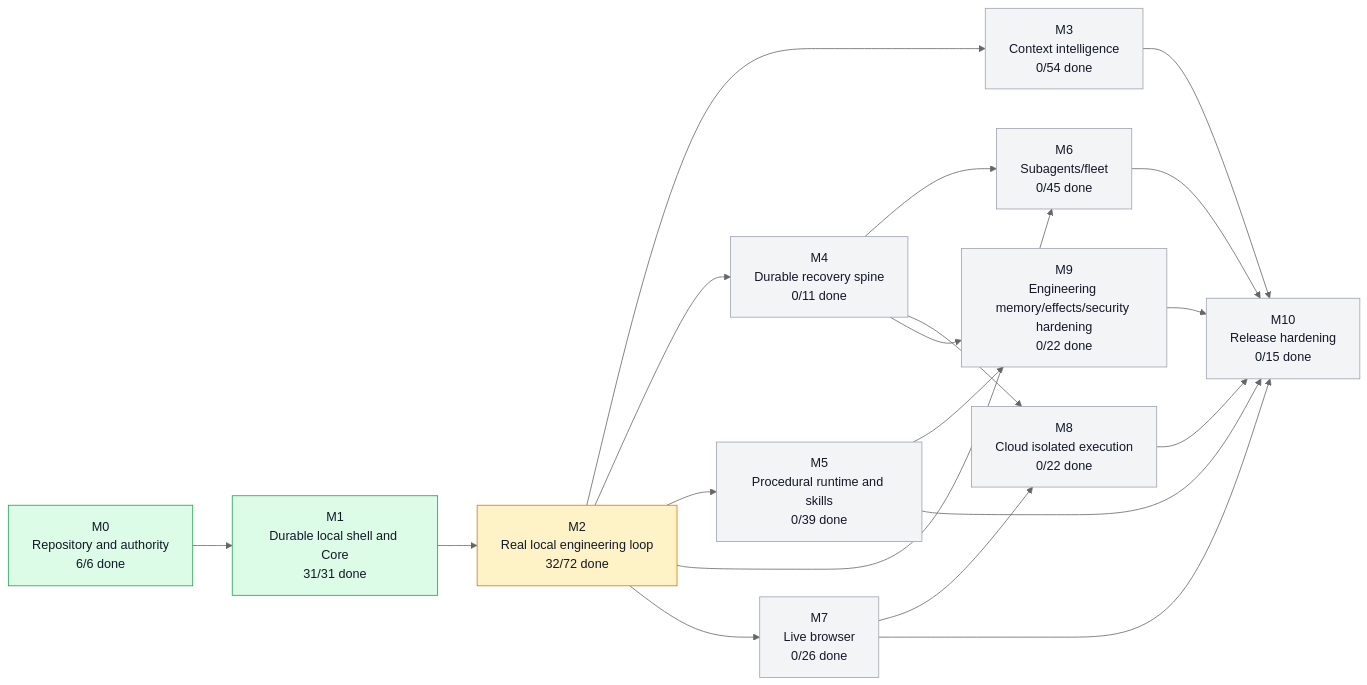
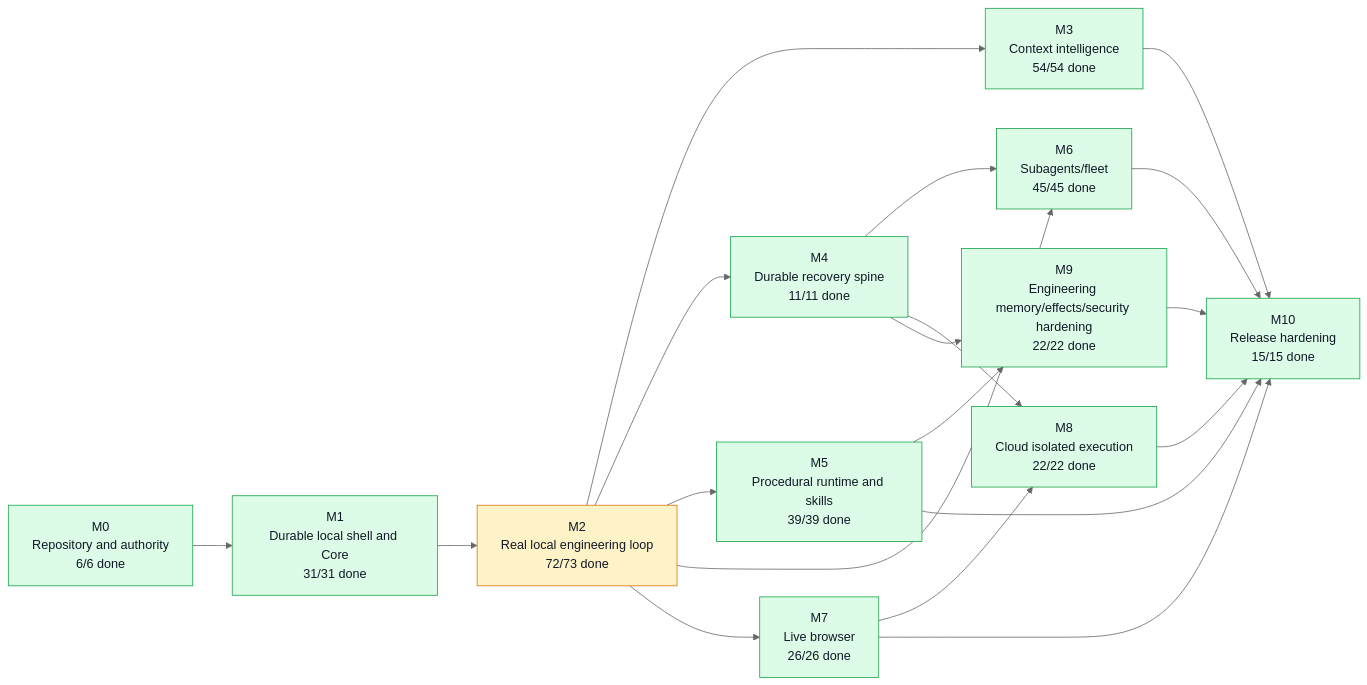
One commit to moss101/zmodbit changed the first of 3 diagrams in graph/PROJECT_GRAPH.md. Above: the diagram before and after it, drawn with Mermaid (neutral theme). The commit also changed other lines of this file and 13 other files, not shown here.

````diff
--- a/graph/PROJECT_GRAPH.md
+++ b/graph/PROJECT_GRAPH.md
@@ -43,43 +43,43 @@
 ```mermaid
 flowchart LR
   M0["M0<br/>Repository and authority<br/>6/6 done"]
   M1["M1<br/>Durable local shell and Core<br/>31/31 done"]
-  M2["M2<br/>Real local engineering loop<br/>32/72 done"]
-  M3["M3<br/>Context intelligence<br/>0/54 done"]
-  M4["M4<br/>Durable recovery spine<br/>0/11 done"]
-  M5["M5<br/>Procedural runtime and skills<br/>0/39 done"]
-  M6["M6<br/>Subagents/fleet<br/>0/45 done"]
-  M7["M7<br/>Live browser<br/>0/26 done"]
-  M8["M8<br/>Cloud isolated execution<br/>0/22 done"]
-  M9["M9<br/>Engineering memory/effects/security hardening<br/>0/22 done"]
-  M10["M10<br/>Release hardening<br/>0/15 done"]
+  M2["M2<br/>Real local engineering loop<br/>72/73 done"]
+  M3["M3<br/>Context intelligence<br/>54/54 done"]
+  M4["M4<br/>Durable recovery spine<br/>11/11 done"]
+  M5["M5<br/>Procedural runtime and skills<br/>39/39 done"]
+  M6["M6<br/>Subagents/fleet<br/>45/45 done"]
+  M7["M7<br/>Live browser<br/>26/26 done"]
+  M8["M8<br/>Cloud isolated execution<br/>22/22 done"]
+  M9["M9<br/>Engineering memory/effects/security hardening<br/>22/22 done"]
+  M10["M10<br/>Release hardening<br/>15/15 done"]
   M0 --> M1
   M1 --> M2
   M2 --> M3
   M2 --> M4
   M2 --> M5
   M2 --> M6
   M4 --> M6
   M2 --> M7
   M4 --> M8
   M7 --> M8
   M4 --> M9
   M5 --> M9
   M3 --> M10
   M5 --> M10
   M6 --> M10
   M7 --> M10
   M8 --> M10
   M9 --> M10
   style M0 fill:#dcfce7,stroke:#16a34a,color:#111827
   style M1 fill:#dcfce7,stroke:#16a34a,color:#111827
   style M2 fill:#fef3c7,stroke:#d97706,color:#111827
-  style M3 fill:#f3f4f6,stroke:#9ca3af,color:#111827
-  style M4 fill:#f3f4f6,stroke:#9ca3af,color:#111827
-  style M5 fill:#f3f4f6,stroke:#9ca3af,color:#111827
-  style M6 fill:#f3f4f6,stroke:#9ca3af,color:#111827
-  style M7 fill:#f3f4f6,stroke:#9ca3af,color:#111827
-  style M8 fill:#f3f4f6,stroke:#9ca3af,color:#111827
-  style M9 fill:#f3f4f6,stroke:#9ca3af,color:#111827
-  style M10 fill:#f3f4f6,stroke:#9ca3af,color:#111827
+  style M3 fill:#dcfce7,stroke:#16a34a,color:#111827
+  style M4 fill:#dcfce7,stroke:#16a34a,color:#111827
+  style M5 fill:#dcfce7,stroke:#16a34a,color:#111827
+  style M6 fill:#dcfce7,stroke:#16a34a,color:#111827
+  style M7 fill:#dcfce7,stroke:#16a34a,color:#111827
+  style M8 fill:#dcfce7,stroke:#16a34a,color:#111827
+  style M9 fill:#dcfce7,stroke:#16a34a,color:#111827
+  style M10 fill:#dcfce7,stroke:#16a34a,color:#111827
 ```
````
